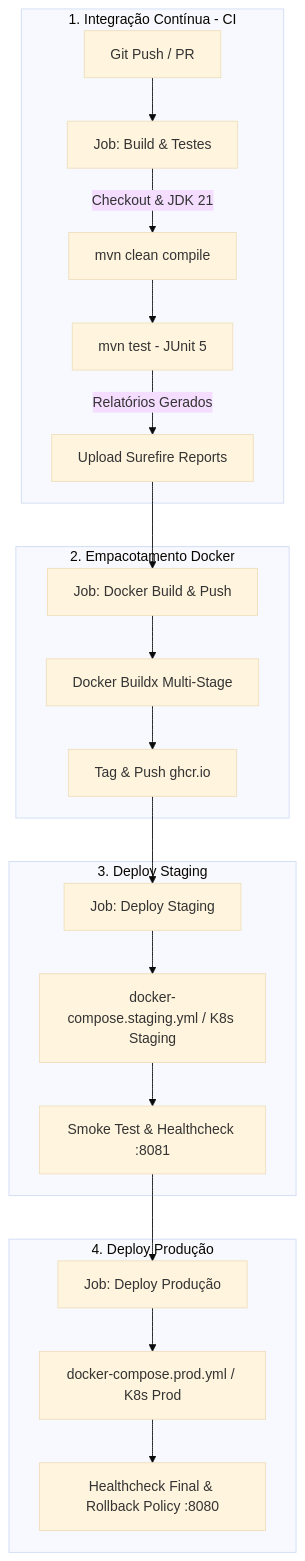
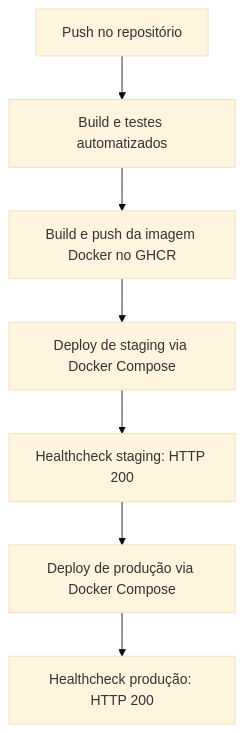
The diagram in DOCUMENTACAO_DEVOPS.md (eMrtc/cidades-esg-devops), drawn with Mermaid (base theme) before and after one commit. The commit also changed other lines of this file and 5 other files, not shown here.

````diff
--- a/DOCUMENTACAO_DEVOPS.md
+++ b/DOCUMENTACAO_DEVOPS.md
@@ -39,27 +27,9 @@
 ```mermaid
 flowchart TD
-    subgraph CI [1. Integração Contínua - CI]
-        A[Git Push / PR] --> B[Job: Build & Testes]
-        B -->|Checkout & JDK 21| C[mvn clean compile]
-        C --> D[mvn test - JUnit 5]
-        D -->|Relatórios Gerados| E[Upload Surefire Reports]
-    end
-
-    subgraph CD_Package [2. Empacotamento Docker]
-        E --> F[Job: Docker Build & Push]
-        F --> G[Docker Buildx Multi-Stage]
-        G --> H[Tag & Push ghcr.io]
-    end
-
-    subgraph CD_Staging [3. Deploy Staging]
-        H --> I[Job: Deploy Staging]
-        I --> J[docker-compose.staging.yml / K8s Staging]
-        J --> K[Smoke Test & Healthcheck :8081]
-    end
-
-    subgraph CD_Prod [4. Deploy Produção]
-        K --> L[Job: Deploy Produção]
-        L --> M[docker-compose.prod.yml / K8s Prod]
-        M --> N[Healthcheck Final & Rollback Policy :8080]
-    end
+    A[Push no repositório] --> B[Build e testes automatizados]
+    B --> C[Build e push da imagem Docker no GHCR]
+    C --> D[Deploy de staging via Docker Compose]
+    D --> E[Healthcheck staging: HTTP 200]
+    E --> F[Deploy de produção via Docker Compose]
+    F --> G[Healthcheck produção: HTTP 200]
 ```
````
